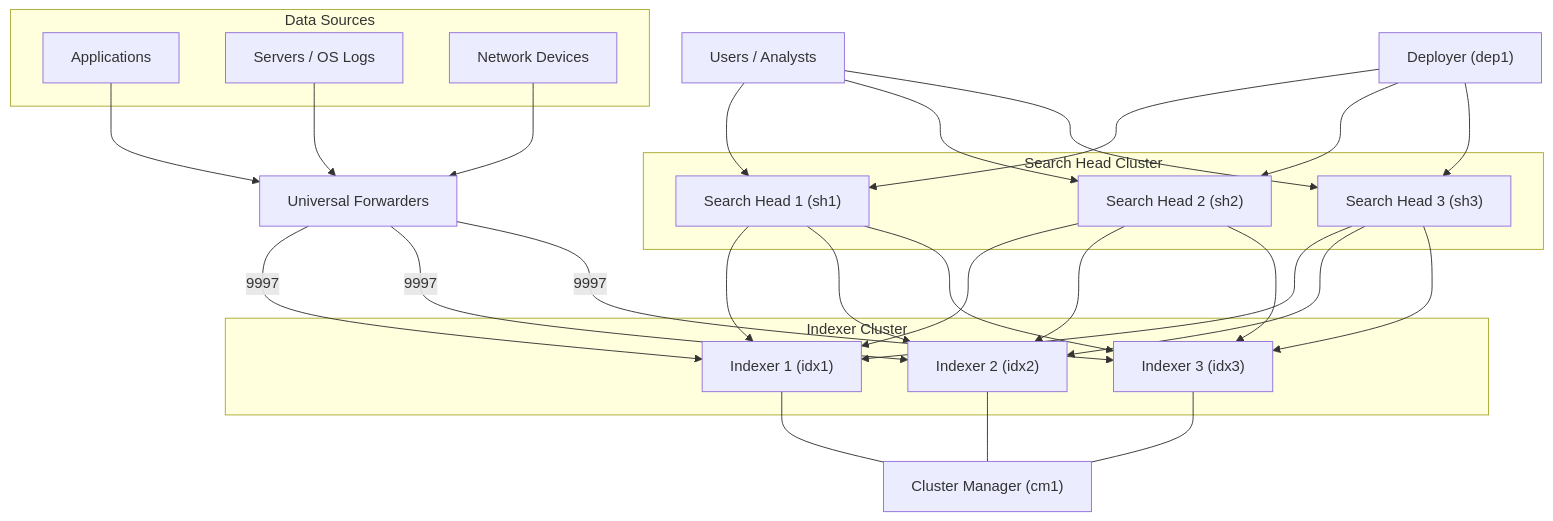
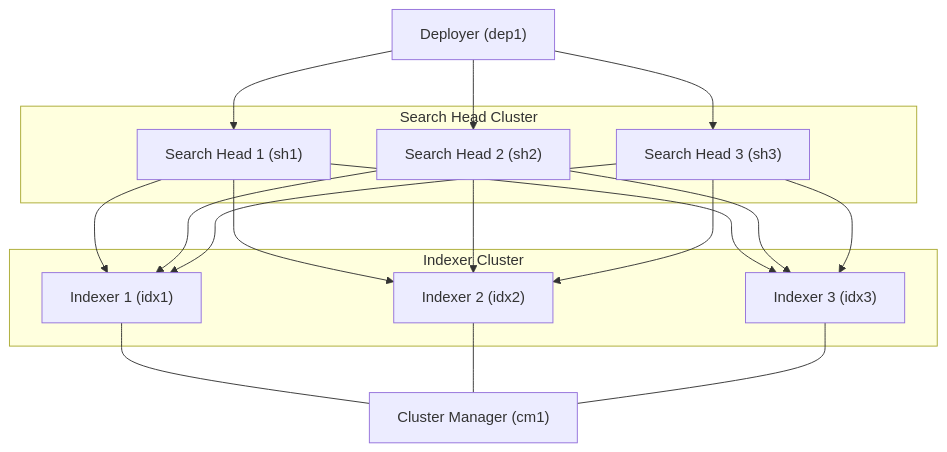
The diagram in README.md (michaelsayala/splunk-idx-docker-lab), drawn with Mermaid before and after one commit.

````diff
--- a/README.md
+++ b/README.md
@@ -53,10 +55,5 @@
 ```mermaid
 flowchart TB
-
-%% =========================
-%% Users
-%% =========================
-USER[Users / Analysts]
 
 %% =========================
 %% Search Head Cluster
@@ -87,25 +84,12 @@
 end
 
 %% =========================
-%% Data Sources
+%% Relationships
 %% =========================
-subgraph DATA["Data Sources"]
-    APP["Applications"]
-    SYS["Servers / OS Logs"]
-    NET["Network Devices"]
-end
 
-%% =========================
-%% Forwarders
-%% =========================
-UF["Universal Forwarders"]
-
-%% =========================
-%% Data Flow
-%% =========================
-USER --> SH1
-USER --> SH2
-USER --> SH3
+DEP --> SH1
+DEP --> SH2
+DEP --> SH3
 
 SH1 --> IDX1
 SH1 --> IDX2
@@ -122,16 +106,4 @@
 IDX1 --- CM
 IDX2 --- CM
 IDX3 --- CM
-
-DEP --> SH1
-DEP --> SH2
-DEP --> SH3
-
-APP --> UF
-SYS --> UF
-NET --> UF
-
-UF -->|9997| IDX1
-UF -->|9997| IDX2
-UF -->|9997| IDX3
 ```
````
